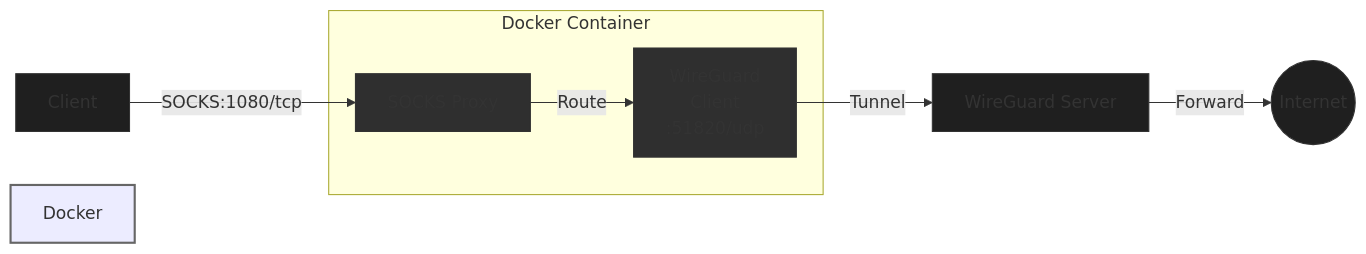
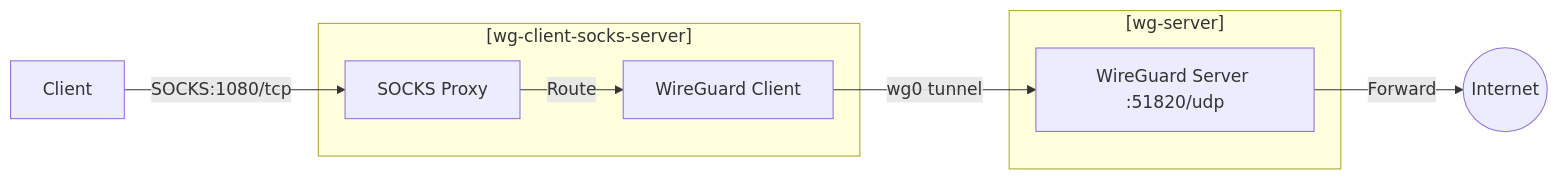
One commit to chillosu/wireguard-socks changed the diagram in README.md. Above: the diagram before and after it, drawn with Mermaid. The commit also changed other lines of this file, not shown here.

````diff
--- a/README.md
+++ b/README.md
@@ -8,19 +8,15 @@
 ```mermaid
 graph LR
-    subgraph "Docker Container"
+    subgraph "[wg-client-socks-server]"
         SOCKS["SOCKS Proxy"]
-        WG["WireGuard\nClient<br>:51820/udp"]
-        SOCKS -- Route --> WG
+        wg-client["WireGuard Client"]
+        SOCKS -- Route --> wg-client
     end
     
     Client -- "SOCKS:1080/tcp" --> SOCKS
-    WG -- Tunnel --> WGServer["WireGuard Server"] 
+    wg-client -- wg0 tunnel --> WGServer["WireGuard Server :51820/udp"]
+    subgraph "[wg-server]"
+        WGServer
+    end
     WGServer -- Forward --> Internet((Internet))
-
-    style Docker Container fill:#2f2f2f,stroke:#666,stroke-width:2px
-    style Client fill:#1f1f1f,stroke:#333
-    style SOCKS fill:#2f2f2f,stroke:#333
-    style WG fill:#2f2f2f,stroke:#333
-    style WGServer fill:#1f1f1f,stroke:#333
-    style Internet fill:#1f1f1f,stroke:#333
 ```
````
